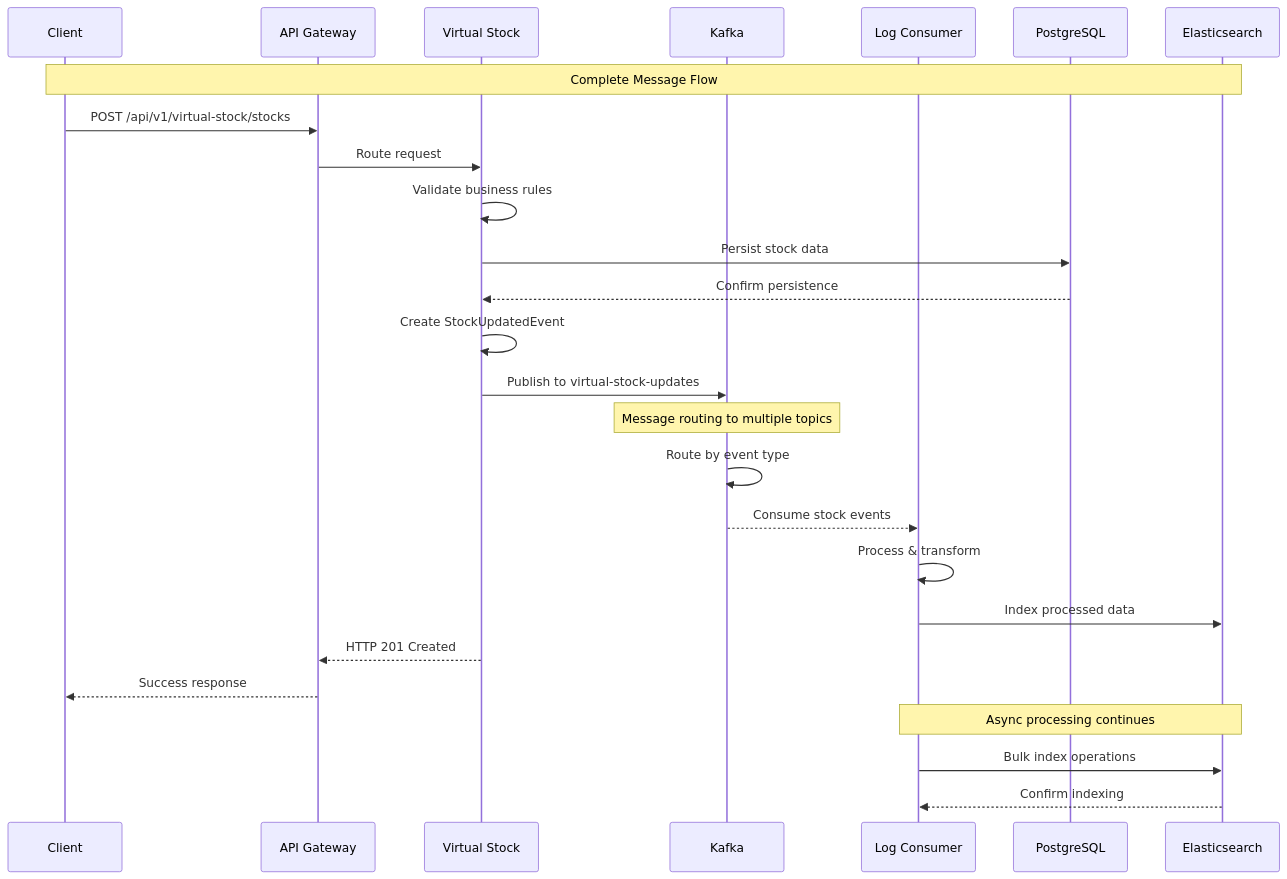
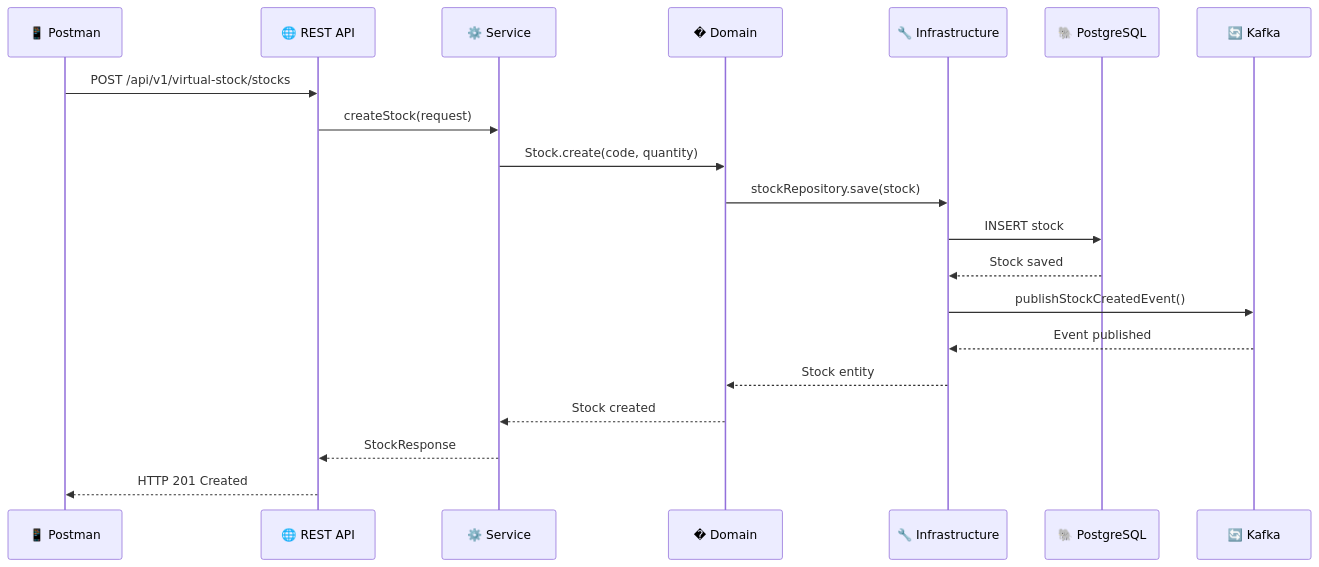
One commit to italo-costa/estudosKBNT_Kafka_Logs_V2_cleanCode changed the second of 3 diagrams in README.md. Above: the diagram before and after it, drawn with Mermaid. The commit also changed other lines of this file and 2 other files, not shown here.

First line of the commit message:
Fix Mermaid diagrams for GitHub compatibility

````diff
--- a/README.md
+++ b/README.md
@@ -410,36 +61,23 @@
 ```mermaid
 sequenceDiagram
-    participant Client as Client
-    participant Gateway as API Gateway
-    participant VStock as Virtual Stock
-    participant Kafka as Kafka
-    participant Consumer as Log Consumer
-    participant DB as PostgreSQL
-    participant ES as Elasticsearch
-    
-    Note over Client,ES: Complete Message Flow
-    
-    Client->>Gateway: POST /api/v1/virtual-stock/stocks
-    Gateway->>VStock: Route request
-    
-    VStock->>VStock: Validate business rules
-    VStock->>DB: Persist stock data
-    DB-->>VStock: Confirm persistence
-    
-    VStock->>VStock: Create StockUpdatedEvent
-    VStock->>Kafka: Publish to virtual-stock-updates
-    
-    Note over Kafka: Message routing to multiple topics
-    Kafka->>Kafka: Route by event type
-    
-    Kafka-->>Consumer: Consume stock events
-    Consumer->>Consumer: Process & transform
-    Consumer->>ES: Index processed data
-    
-    VStock-->>Gateway: HTTP 201 Created
-    Gateway-->>Client: Success response
-    
-    Note over Consumer,ES: Async processing continues
-    Consumer->>ES: Bulk index operations
-    ES-->>Consumer: Confirm indexing
+    participant C as 📱 Postman
+    participant A as 🌐 REST API
+    participant S as ⚙️ Service
+    participant D as �️ Domain
+    participant I as 🔧 Infrastructure
+    participant DB as 🐘 PostgreSQL
+    participant K as 🔄 Kafka
+
+    C->>A: POST /api/v1/virtual-stock/stocks
+    A->>S: createStock(request)
+    S->>D: Stock.create(code, quantity)
+    D->>I: stockRepository.save(stock)
+    I->>DB: INSERT stock
+    DB-->>I: Stock saved
+    I->>K: publishStockCreatedEvent()
+    K-->>I: Event published
+    I-->>D: Stock entity
+    D-->>S: Stock created
+    S-->>A: StockResponse
+    A-->>C: HTTP 201 Created
 ```
````
